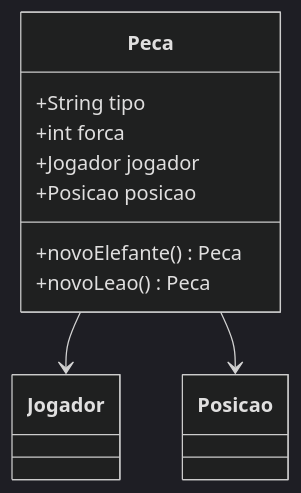
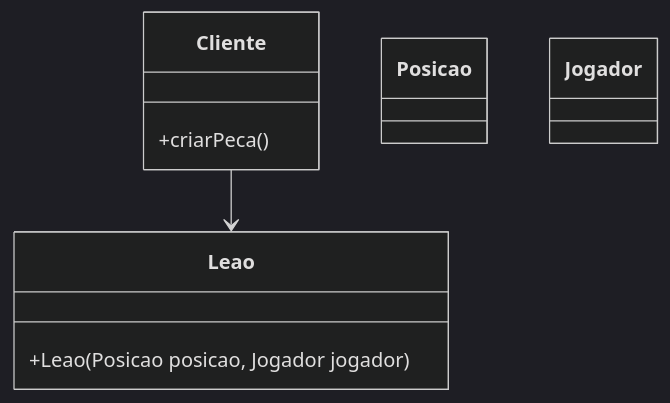
The fifth of 6 diagrams in README.md (20242-ifba-saj-ads-ppr/framework-equipe4), drawn with Mermaid (dark theme) before and after one commit. The commit also changed other lines of this file and 3 other files, not shown here.

````diff
--- a/README.md
+++ b/README.md
@@ -219,16 +334,15 @@
-``` mermaid
+```mermaid
 classDiagram
+    class Cliente {
+        +criarPeca()
+    }
+
+    class Leao {
+        +Leao(Posicao posicao, Jogador jogador)
+    }
+
+    class Posicao
     class Jogador
-    class Posicao
-    class Peca {
-        +String tipo
-        +int forca
-        +Jogador jogador
-        +Posicao posicao
-        +novoElefante() Peca
-        +novoLeao() Peca
-    }
-    
-    Peca --> Jogador
-    Peca --> Posicao
+
+    Cliente --> Leao
 ```
````
